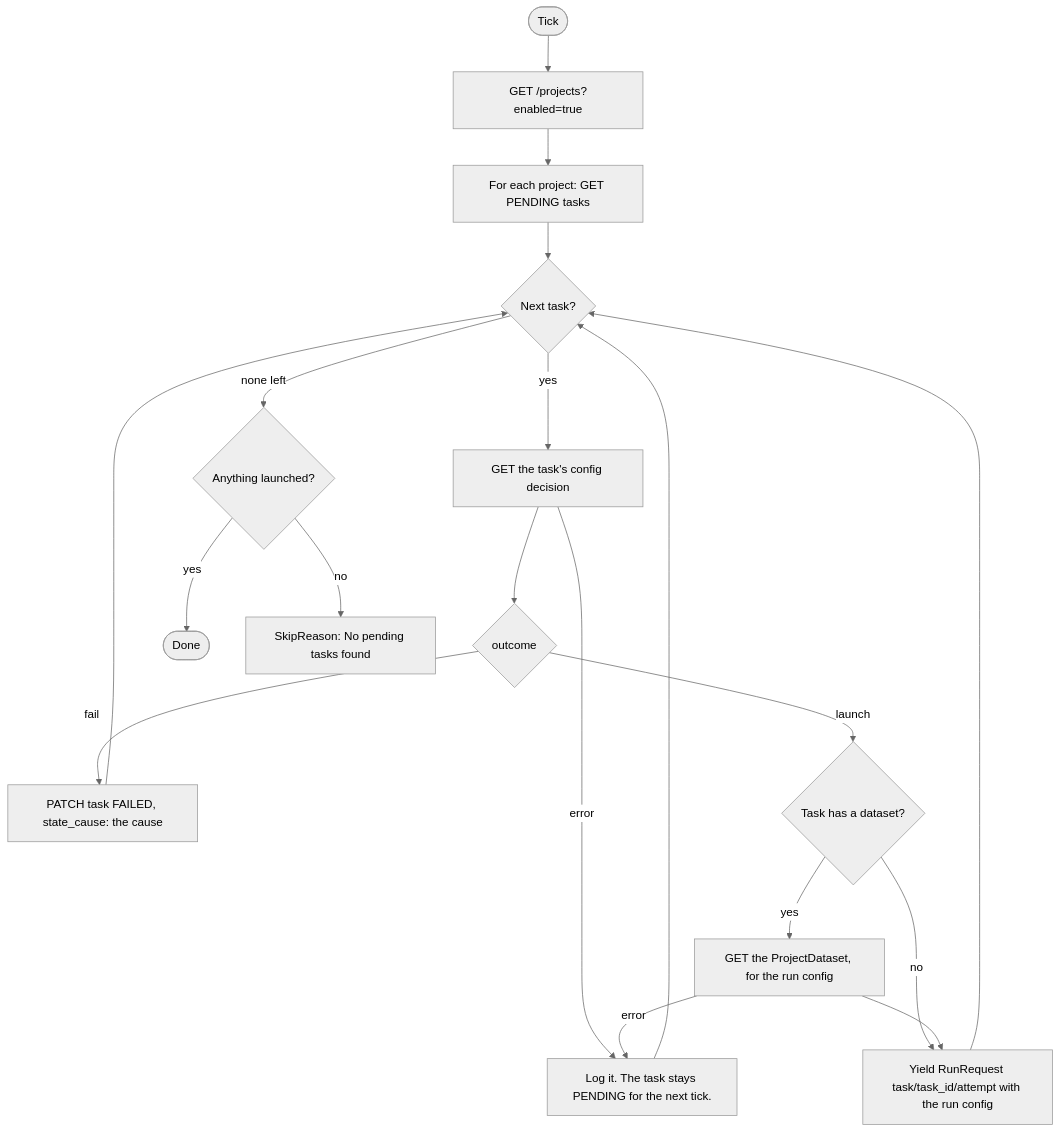
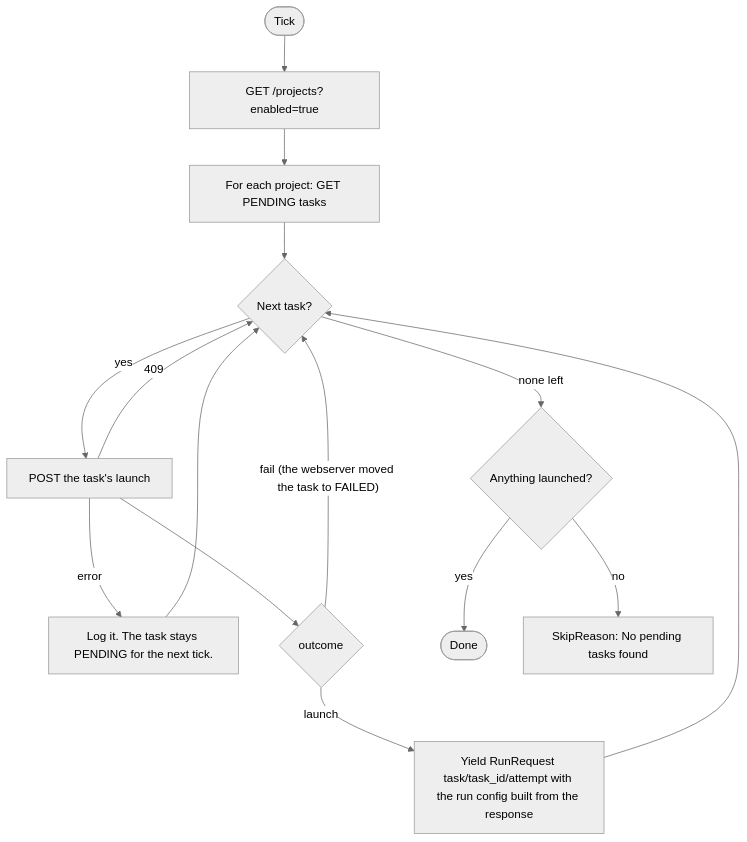
Before and after one commit to Aridhia-Open-Source/PHEMS_federated_node: the diagram in docs/architecture/sensors/task-launcher.md, drawn with Mermaid (neutral theme). The commit also changed other lines of this file and 3 other files, not shown here.

````diff
--- a/docs/architecture/sensors/task-launcher.md
+++ b/docs/architecture/sensors/task-launcher.md
@@ -28,21 +27,17 @@
 ```mermaid
 flowchart TD
     A([Tick]) --> B["GET /projects?enabled=true"]
     B --> C["For each project: GET PENDING tasks"]
     C --> D{"Next task?"}
     D -->|"none left"| Z{"Anything launched?"}
-    D -->|yes| E["GET the task's config decision"]
+    D -->|yes| E["POST the task's launch"]
     E -->|error| ERR["Log it. The task stays PENDING for the next tick."]
     ERR --> D
+    E -->|409| D
     E --> F{"outcome"}
-    F -->|fail| FAIL["PATCH task FAILED, state_cause: the cause"]
-    F -->|launch| H{"Task has a dataset?"}
-    H -->|no| L
-    H -->|yes| I["GET the ProjectDataset, for the run config"]
-    I -->|error| ERR
-    I --> L["Yield RunRequest task/task_id/attempt with the run config"]
-    FAIL --> D
+    F -->|"fail (the webserver moved the task to FAILED)"| D
+    F -->|launch| L["Yield RunRequest task/task_id/attempt with the run config built from the response"]
     L --> D
     Z -->|yes| Y([Done])
     Z -->|no| X["SkipReason: No pending tasks found"]
 ```
````
